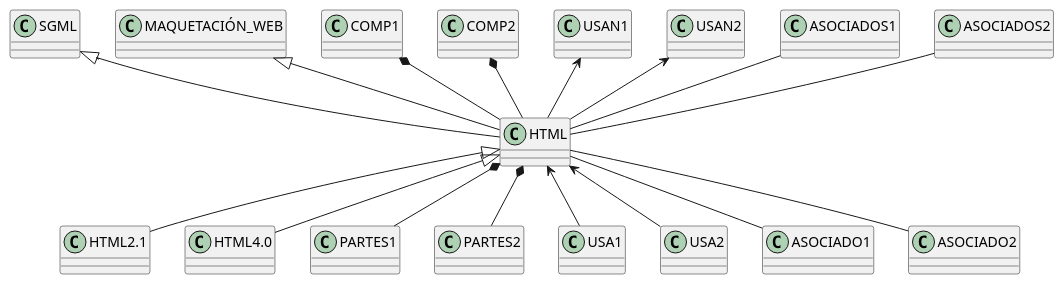
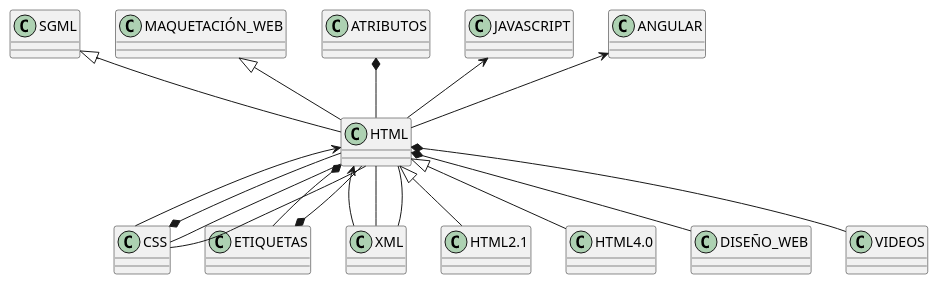
The diagram in relman/images/contextHTML.plantuml (CodeURJC-DAW-2018-19/santatecla-relaciones-2), drawn with PlantUML before and after one commit. The commit also changed 49 other files, not shown here.

```diff
--- a/relman/images/contextHTML.plantuml
+++ b/relman/images/contextHTML.plantuml
@@ -1,19 +1,21 @@
 @startuml 
  set namespaceSeparator none
 SGML <|-- HTML
 MAQUETACIÓN_WEB <|-- HTML
-COMP1 *-- HTML
-COMP2 *-- HTML
-USAN1 <-- HTML
-USAN2 <-- HTML
-ASOCIADOS1 -- HTML
-ASOCIADOS2 -- HTML
+CSS *-- HTML
+ETIQUETAS *-- HTML
+ATRIBUTOS *-- HTML
+JAVASCRIPT <-- HTML
+ANGULAR <-- HTML
+CSS -- HTML
+XML -- HTML
 HTML <|-- HTML2.1
 HTML <|-- HTML4.0
-HTML *-- PARTES1
-HTML *-- PARTES2
-HTML <-- USA1
-HTML <-- USA2
-HTML -- ASOCIADO1
-HTML -- ASOCIADO2
+HTML *-- DISEÑO_WEB
+HTML *-- ETIQUETAS
+HTML *-- VIDEOS
+HTML <-- CSS
+HTML <-- XML
+HTML -- CSS
+HTML -- XML
 @enduml
```
